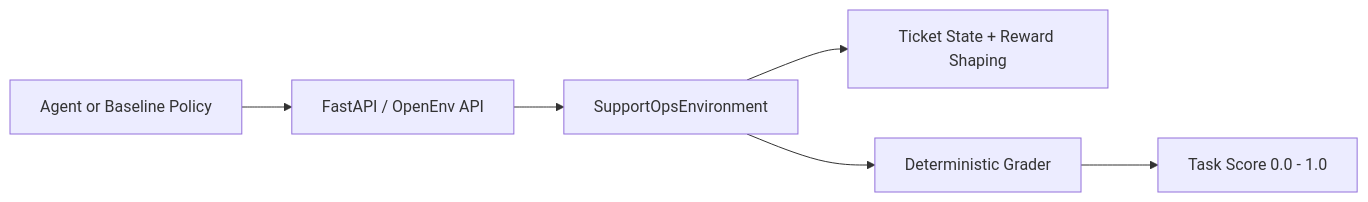
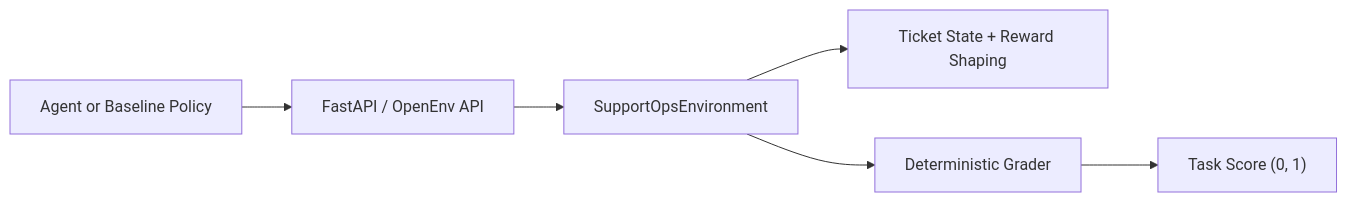
The diagram in README.md (saumyapratapsingh007/Servixa), drawn with Mermaid before and after one commit. The commit also changed other lines of this file, not shown here.

````diff
--- a/README.md
+++ b/README.md
@@ -78,8 +78,8 @@
 ```mermaid
 flowchart LR
     A["Agent or Baseline Policy"] --> B["FastAPI / OpenEnv API"]
     B --> C["SupportOpsEnvironment"]
     C --> D["Ticket State + Reward Shaping"]
     C --> E["Deterministic Grader"]
-    E --> F["Task Score 0.0 - 1.0"]
+    E --> F["Task Score (0, 1)"]
 ```
````
